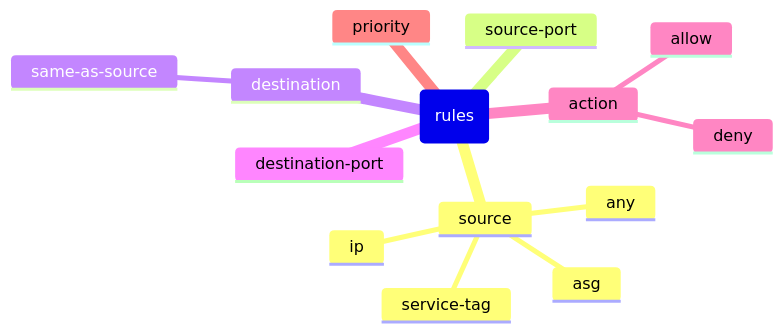
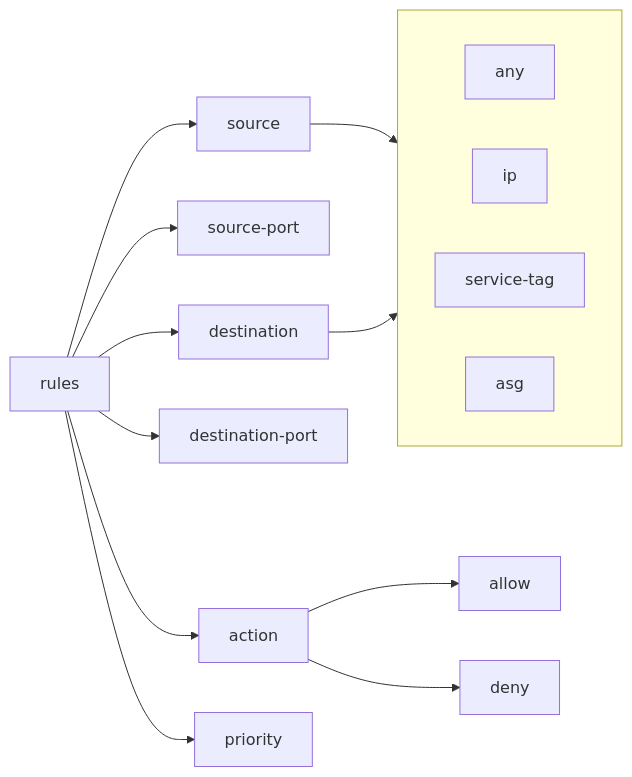
One commit to kodebot/notes2 changed the first of 2 diagrams in Azure/Basics/16-azure-security-groups-nsg-asg.md. Above: the diagram before and after it, drawn with Mermaid. The commit also changed other lines of this file, not shown here.

Commit message:
auto commit

````diff
--- a/Azure/Basics/16-azure-security-groups-nsg-asg.md
+++ b/Azure/Basics/16-azure-security-groups-nsg-asg.md
@@ -10,17 +10,24 @@
 ```mermaid
-mindmap
-:root("rules")
-  source
-    any
-    ip
-    service-tag
-    asg
-  source-port
-  destination
-    same-as-source
-  destination-port
-  action
+flowchart LR
+    rules
+    source
+    source-port
+    destination
+    destination-port
+    action
     allow
     deny
-  priority
+    priority
+
+    subgraph srcdst[" "]
+        direction LR
+        any
+        ip
+        service-tag
+        asg
+    end
+
+rules-->source & destination & source-port & destination-port & priority & action
+source & destination --> srcdst
+action --> allow & deny
 ```
````
